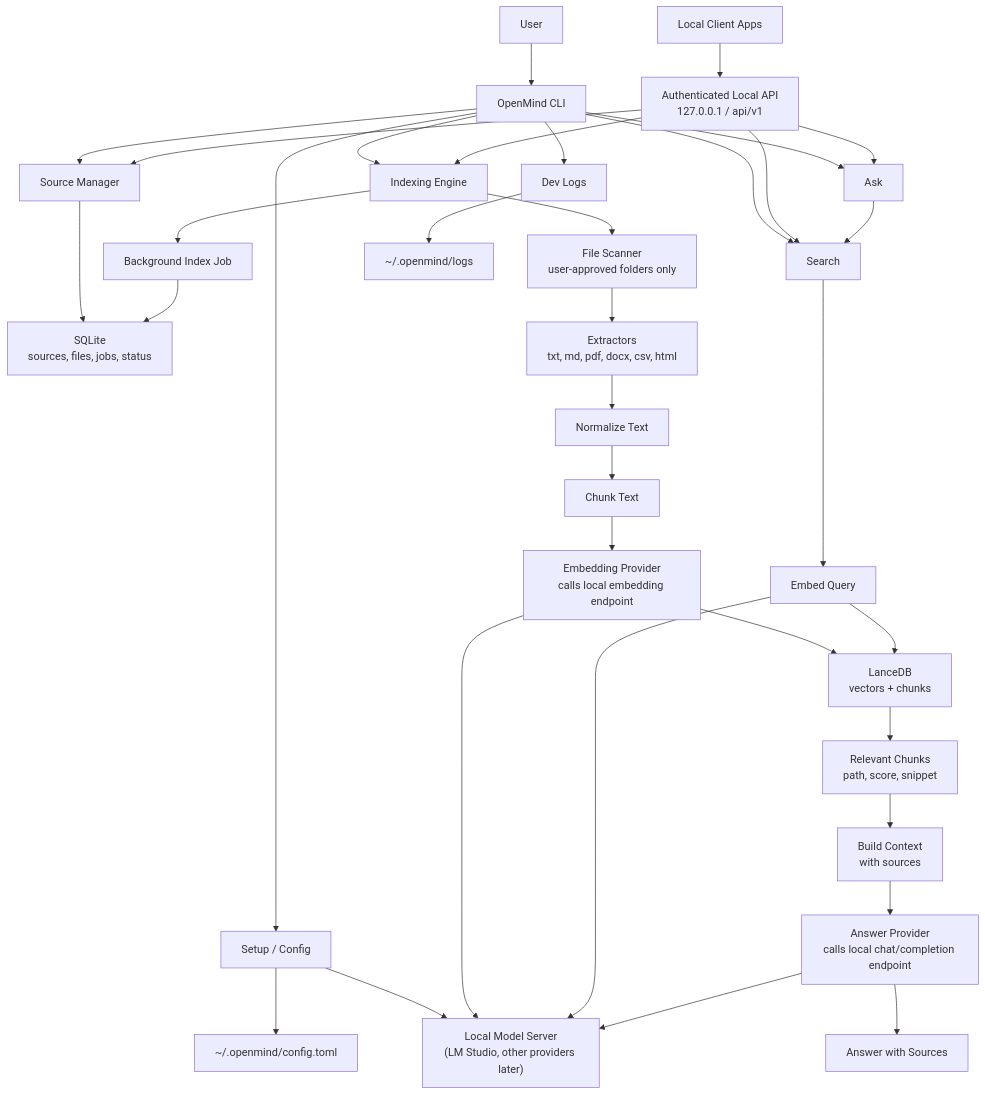
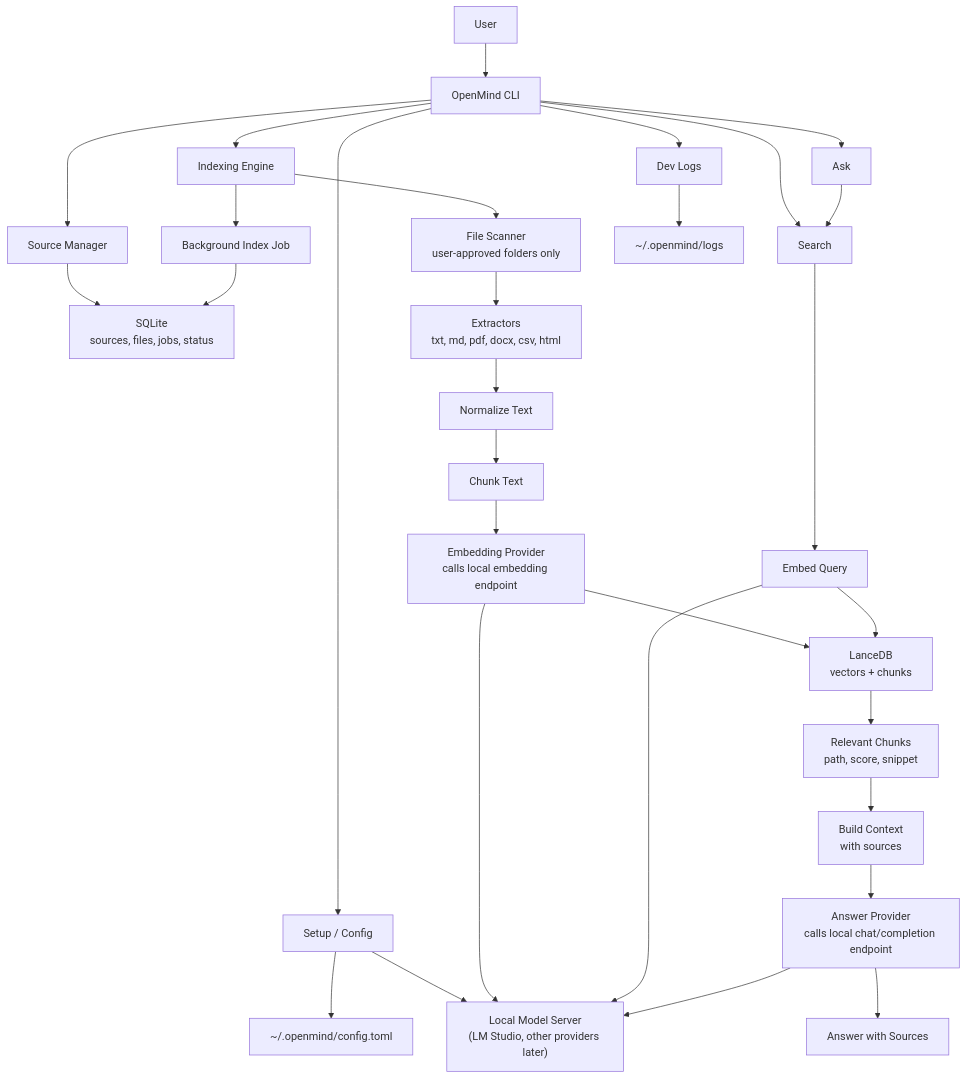
Before and after one commit to codewithbro95/openmind: the first of 2 diagrams in README.md, drawn with Mermaid. The commit also changed other lines of this file, not shown here.

First line of the commit message:
Separate client API architecture diagram

````diff
--- a/README.md
+++ b/README.md
@@ -356,44 +356,39 @@
 ```mermaid
 flowchart TD
     User["User"] --> CLI["OpenMind CLI"]
-    Clients["Local Client Apps"] --> API["Authenticated Local API<br/>127.0.0.1 / api/v1"]
 
     CLI --> Setup["Setup / Config"]
     CLI --> Sources["Source Manager"]
     CLI --> Indexing["Indexing Engine"]
     CLI --> Search["Search"]
     CLI --> Ask["Ask"]
-    API --> Sources
-    API --> Indexing
-    API --> Search
-    API --> Ask
 
     Setup --> Config["~/.openmind/config.toml"]
     Setup --> ModelServer["Local Model Server<br/>(LM Studio, other providers later)"]
 
     Sources --> SQLite["SQLite<br/>sources, files, jobs, status"]
 
     Indexing --> Scanner["File Scanner<br/>user-approved folders only"]
     Scanner --> Extractors["Extractors<br/>txt, md, pdf, docx, csv, html"]
     Extractors --> Normalizer["Normalize Text"]
     Normalizer --> Chunker["Chunk Text"]
     Chunker --> Embeddings["Embedding Provider<br/>calls local embedding endpoint"]
     Embeddings --> ModelServer
     Embeddings --> LanceDB["LanceDB<br/>vectors + chunks"]
 
     Search --> QueryEmbed["Embed Query"]
     QueryEmbed --> ModelServer
     QueryEmbed --> LanceDB
     LanceDB --> Results["Relevant Chunks<br/>path, score, snippet"]
 
     Ask --> Search
     Results --> Context["Build Context<br/>with sources"]
     Context --> AnswerModel["Answer Provider<br/>calls local chat/completion endpoint"]
     AnswerModel --> ModelServer
     AnswerModel --> Answer["Answer with Sources"]
 
     Indexing --> Jobs["Background Index Job"]
     Jobs --> SQLite
     CLI --> Logs["Dev Logs"]
     Logs --> LogFiles["~/.openmind/logs"]
 ```
````
